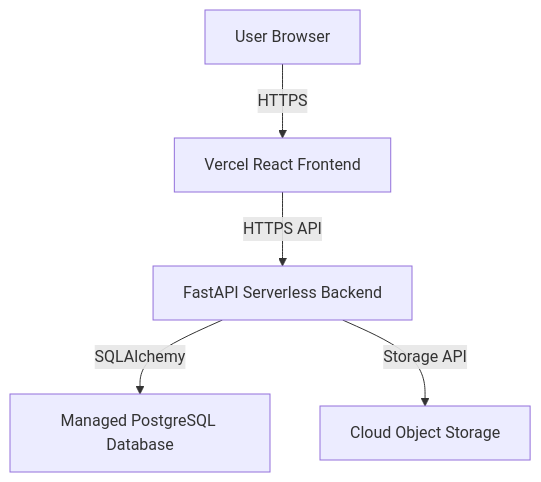
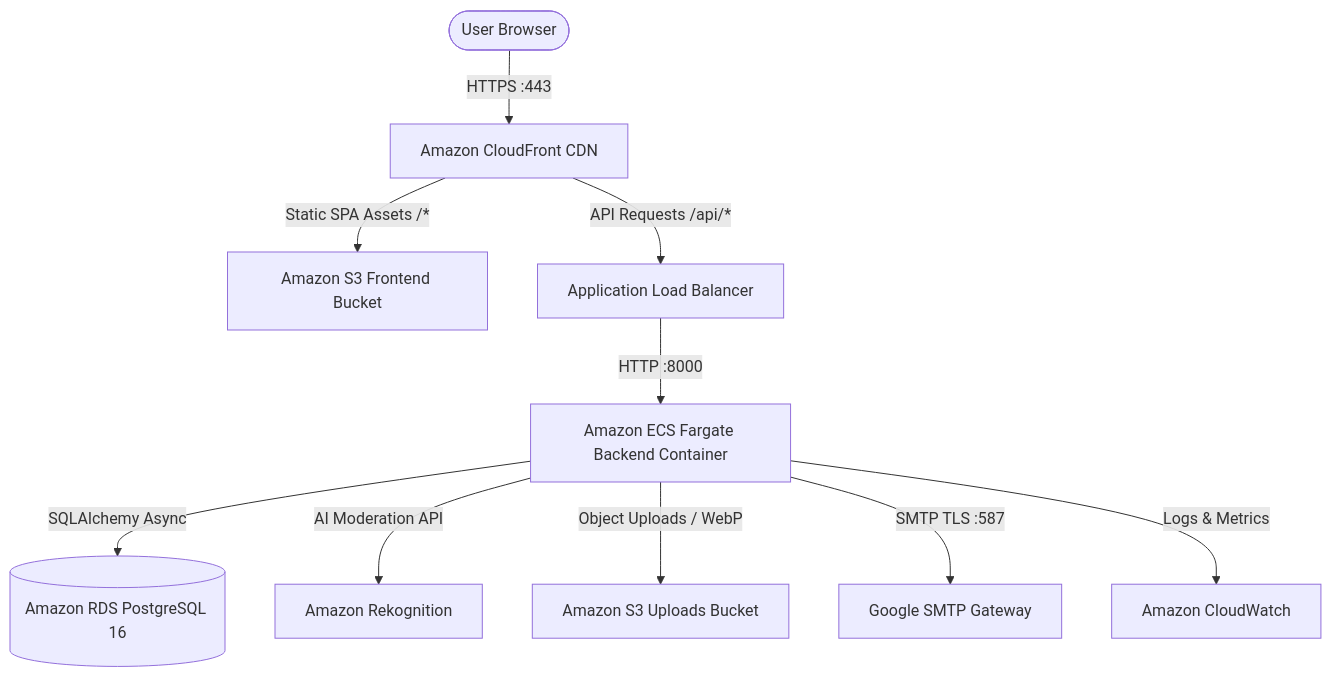
Before and after one commit to a7hu-15/lost-and-found-pvt: the diagram in README.md, drawn with Mermaid. The commit also changed other lines of this file and 3 other files, not shown here.

Commit message:
docs: finalize cloud architecture docs purely on AWS enterprise stack and remove legacy serverless configs

````diff
--- a/README.md
+++ b/README.md
@@ -27,7 +13,12 @@
 ```mermaid
 graph TD
-    A[User Browser] -->|HTTPS| B[Vercel React Frontend]
-    B -->|HTTPS API| C[FastAPI Serverless Backend]
-    C -->|SQLAlchemy| D[Managed PostgreSQL Database]
-    C -->|Storage API| E[Cloud Object Storage]
+    Client([User Browser]) -->|HTTPS :443| CF[Amazon CloudFront CDN]
+    CF -->|Static SPA Assets /*| S3[Amazon S3 Frontend Bucket]
+    CF -->|API Requests /api/*| ALB[Application Load Balancer]
+    ALB -->|HTTP :8000| ECS[Amazon ECS Fargate Backend Container]
+    ECS -->|SQLAlchemy Async| RDS[(Amazon RDS PostgreSQL 16)]
+    ECS -->|AI Moderation API| Rekognition[Amazon Rekognition]
+    ECS -->|Object Uploads / WebP| S3Uploads[Amazon S3 Uploads Bucket]
+    ECS -->|SMTP TLS :587| GoogleSMTP[Google SMTP Gateway]
+    ECS -->|Logs & Metrics| CloudWatch[Amazon CloudWatch]
 ```
````
